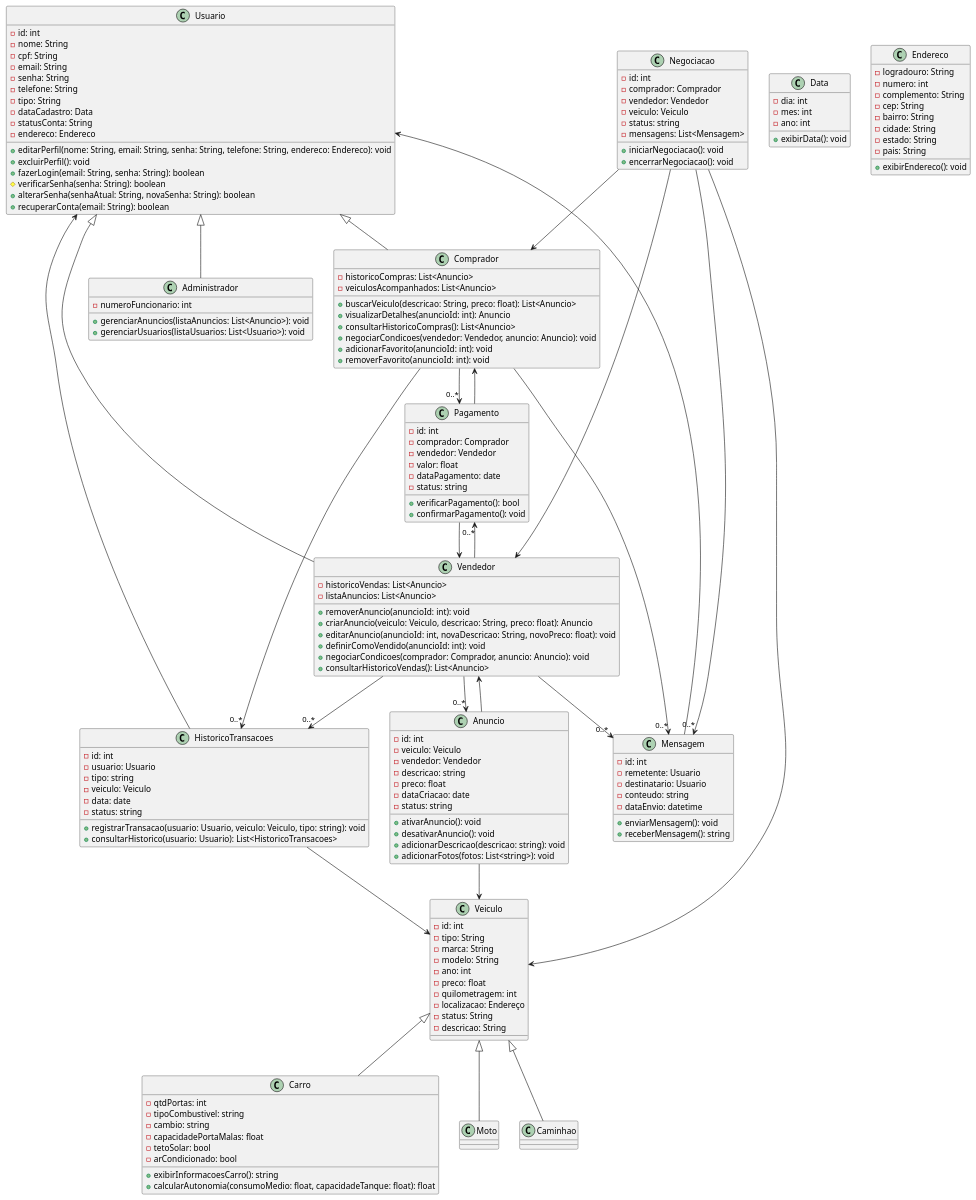
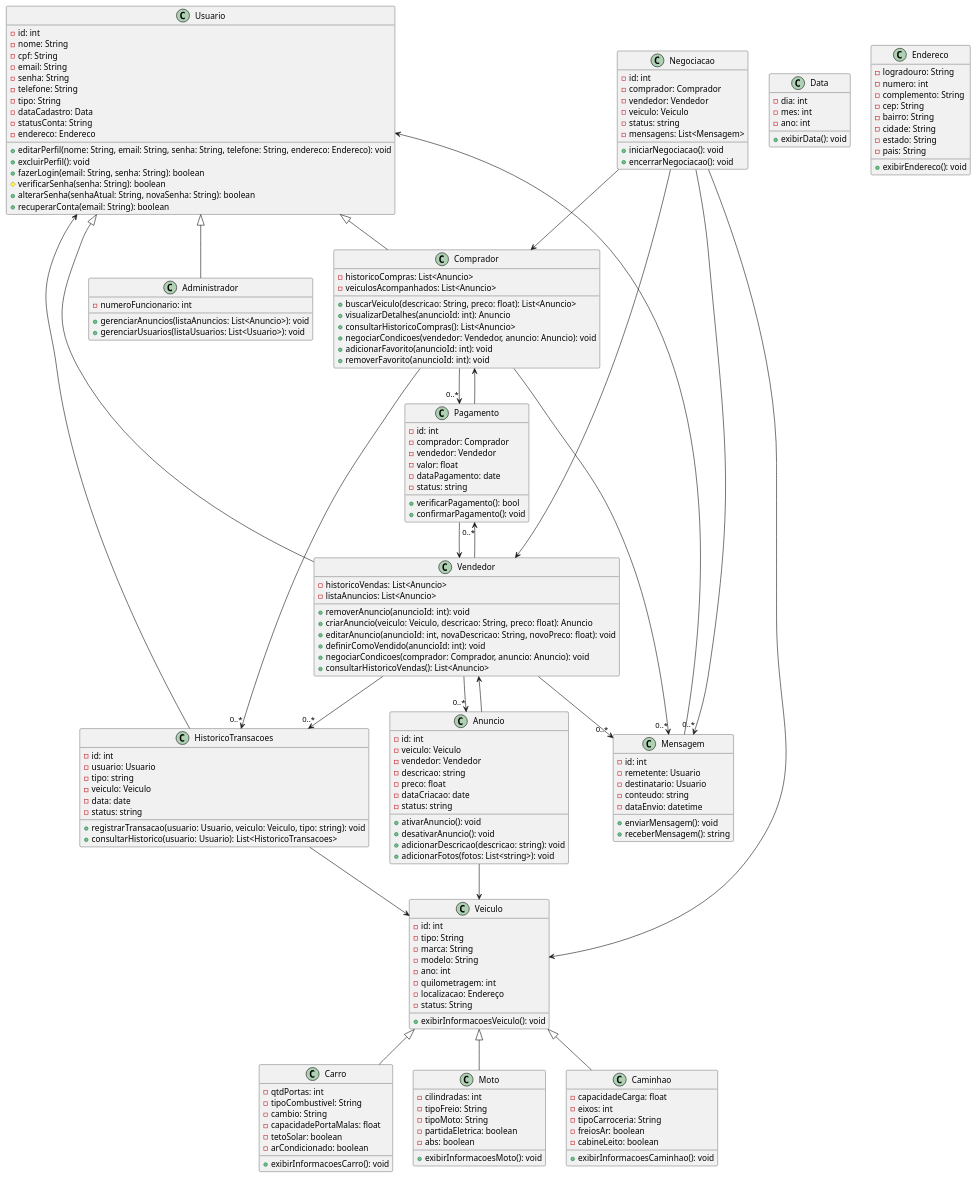
Before and after one commit to guilhermeoliveirateo/sistema-compra-venda-veiculos: the diagram in classes.md, drawn with PlantUML.

```diff
--- a/classes.md
+++ b/classes.md
@@ -64,35 +64,48 @@
 Usuario <|-- Vendedor
 Usuario <|-- Administrador
 
-class Veiculo {
+class Veiculo{
 -id: int
 -tipo: String
 -marca: String
 -modelo: String
 -ano: int
--preco: float
 -quilometragem: int
 -localizacao: Endereço
 -status: String
--descricao: String
 
++exibirInformacoesVeiculo(): void
 }
 
-class Carro {
-- qtdPortas: int
-- tipoCombustivel: string
-- cambio: string
-- capacidadePortaMalas: float
-- tetoSolar: bool
-- arCondicionado: bool
-+ exibirInformacoesCarro(): string
-+ calcularAutonomia(consumoMedio: float, capacidadeTanque: float): float
+class Carro{
+-qtdPortas: int
+-tipoCombustivel: String
+-cambio: String
+-capacidadePortaMalas: float
+-tetoSolar: boolean
+-arCondicionado: boolean
+
++exibirInformacoesCarro(): void
 }
 
-class Moto {
+class Moto{
+-cilindradas: int
+-tipoFreio: String
+-tipoMoto: String
+-partidaEletrica: boolean
+-abs: boolean
+
++exibirInformacoesMoto(): void
 }
 
-class Caminhao {
+class Caminhao{
+-capacidadeCarga: float
+-eixos: int
+-tipoCarroceria: String
+-freiosAr: boolean
+-cabineLeito: boolean
+
++exibirInformacoesCaminhao(): void
 }
 
 Veiculo <|-- Carro
@@ -158,7 +171,7 @@
 }
 
 
-class Data {
+class Data{
 -dia: int
 -mes: int
 -ano: int
@@ -166,7 +179,7 @@
 +exibirData(): void
 }
 
-class Endereco {
+class Endereco{
 -logradouro: String
 -numero: int
 -complemento: String
```
